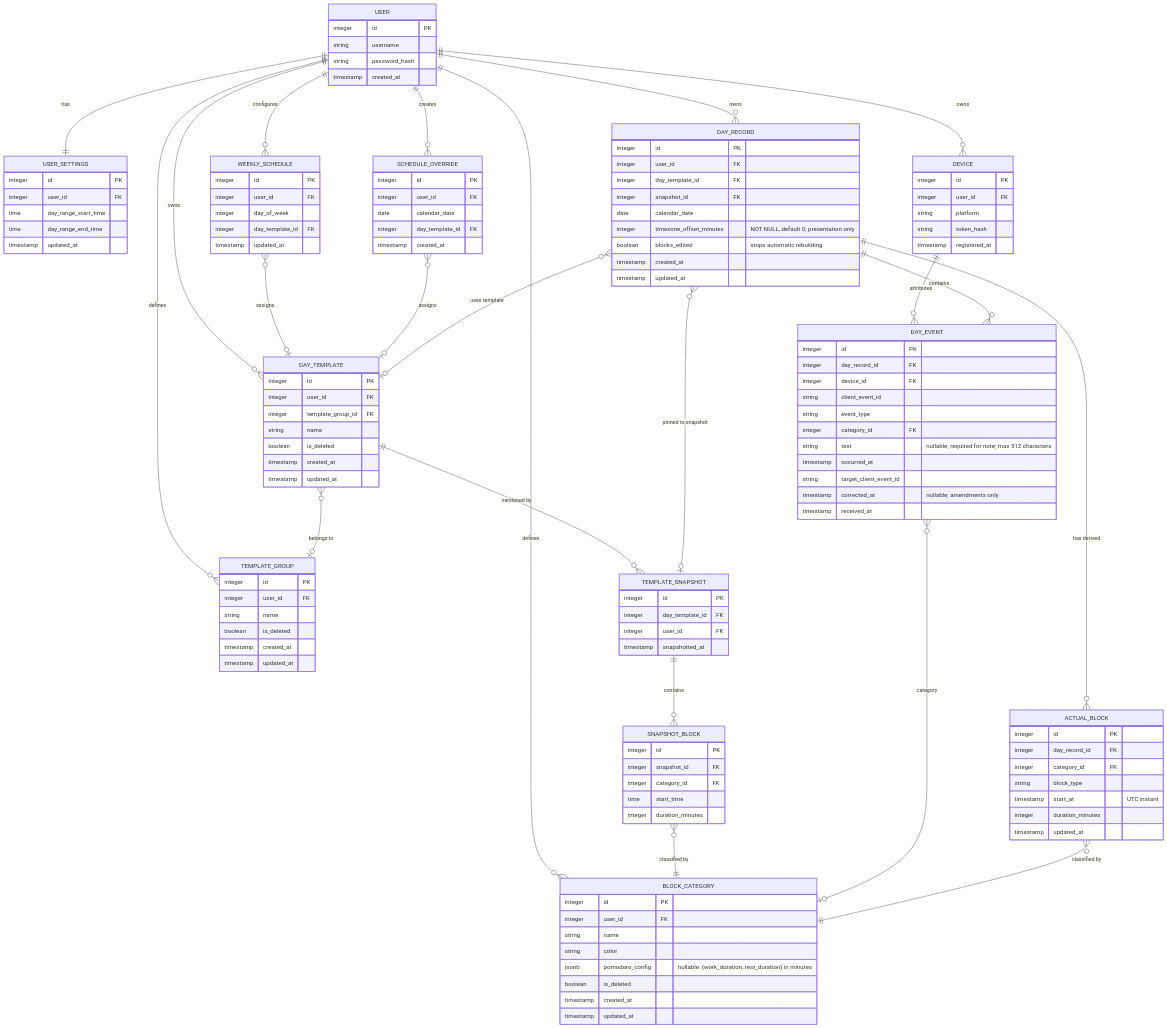
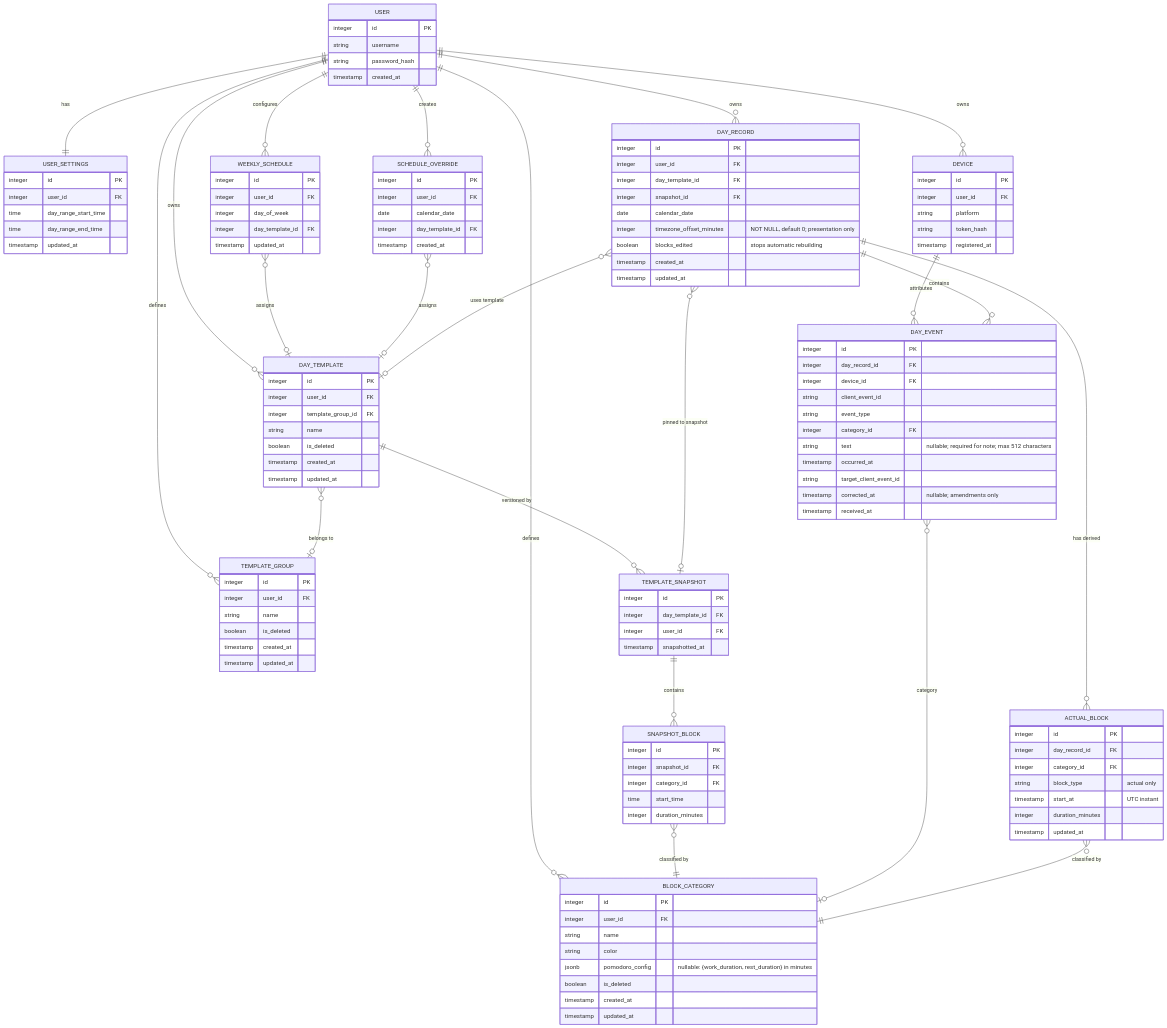
Before and after one commit to sem0ark/todo-planner: the diagram in docs/API and DB.md, drawn with Mermaid. The commit also changed other lines of this file and 29 other files, not shown here.

```diff
--- a/docs/API and DB.md
+++ b/docs/API and DB.md
@@ -181,7 +181,7 @@
         integer id PK
         integer day_record_id FK
         integer category_id FK
-        string block_type
+        string block_type "actual only"
         timestamp start_at "UTC instant"
         integer duration_minutes
         timestamp updated_at
```
